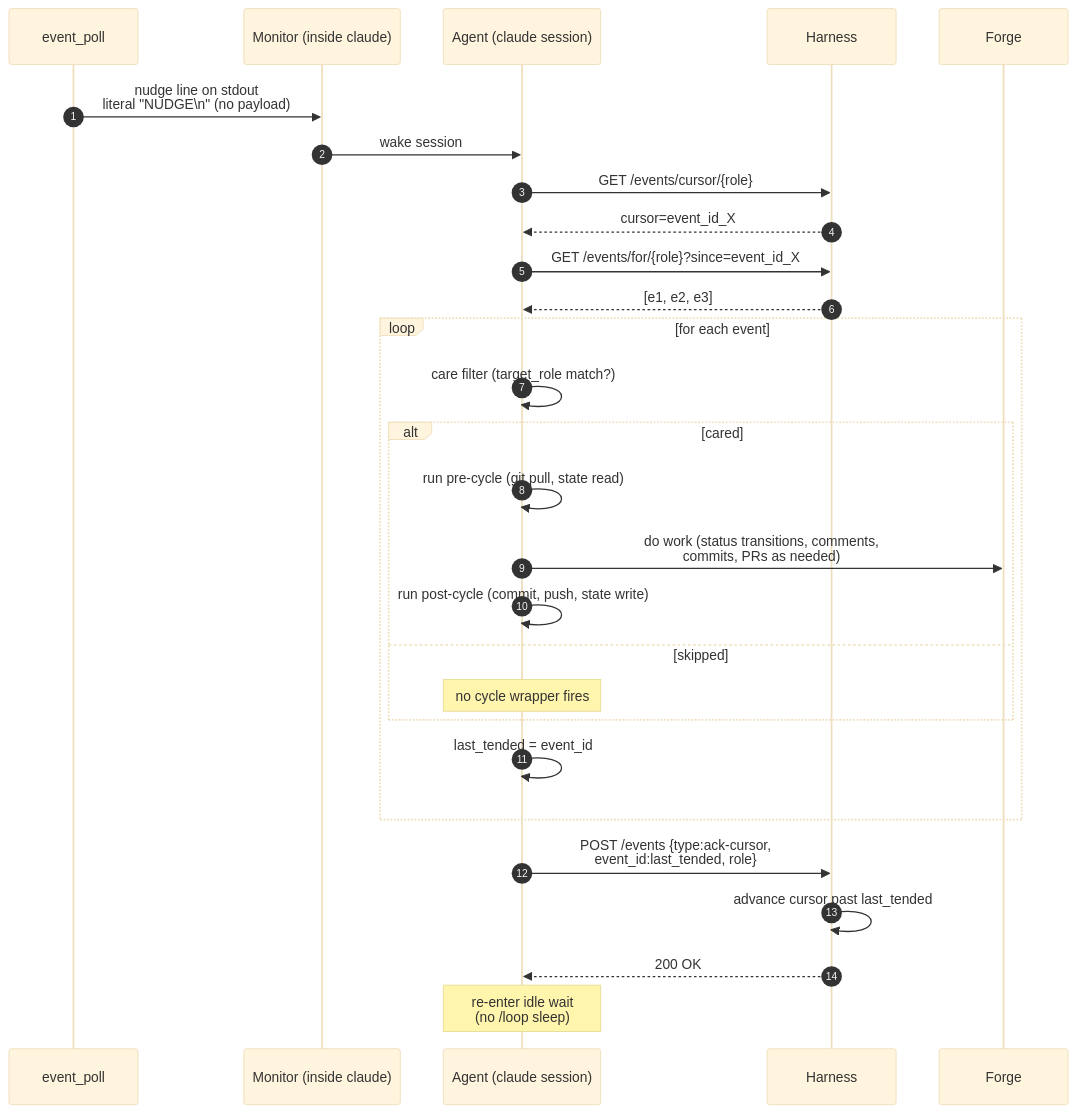
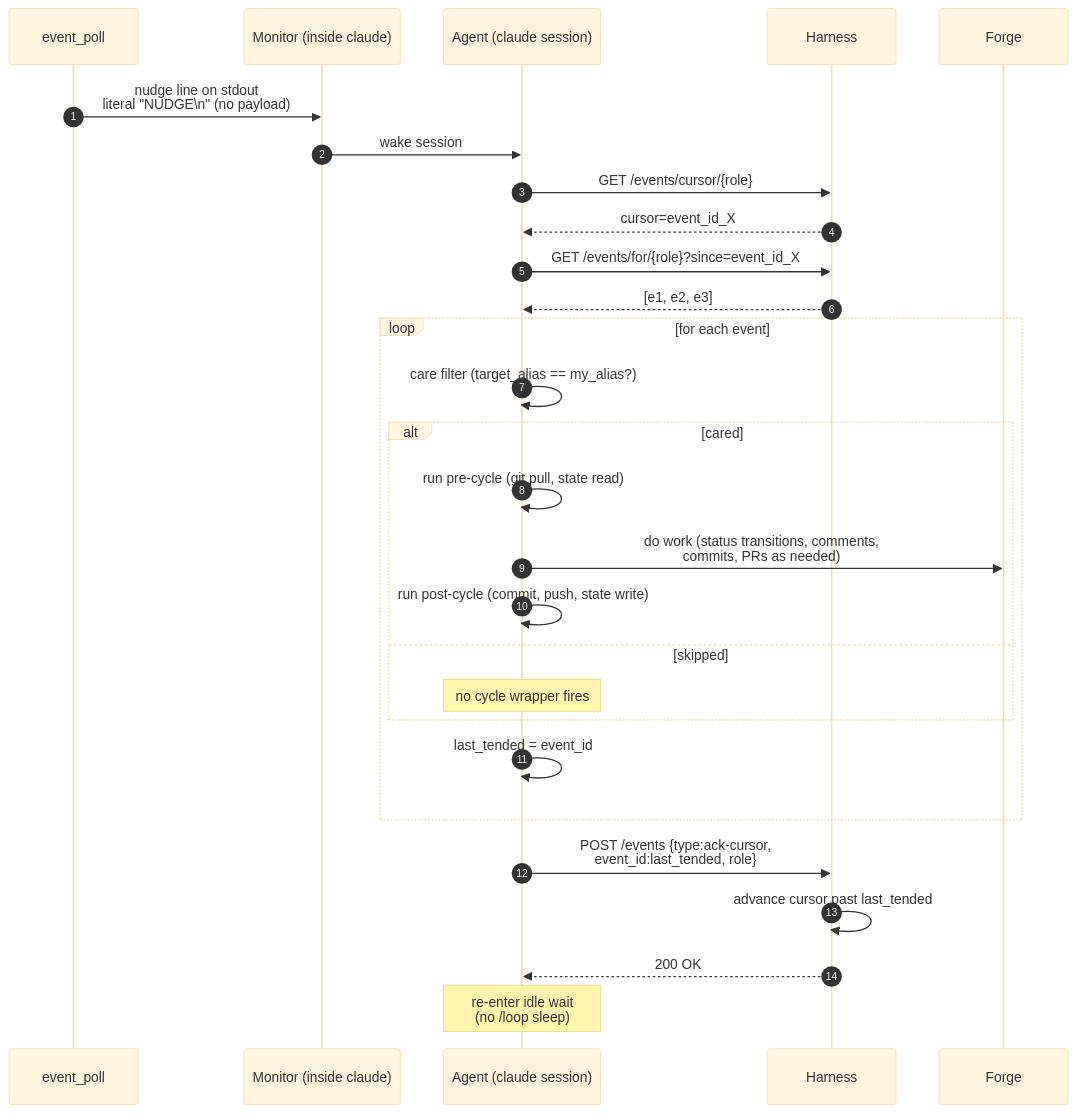
Before and after one commit to WallyDoodlez/SquidSquad: the tenth of 16 diagrams in docs/AGENT-RUNTIME.md, drawn with Mermaid (base theme). The commit also changed other lines of this file, not shown here.

First line of the commit message:
pm: AGENT-RUNTIME — class vs alias + retire responsibility.md / permission table

````diff
--- a/docs/AGENT-RUNTIME.md
+++ b/docs/AGENT-RUNTIME.md
@@ -681,33 +693,33 @@
 ```mermaid
 sequenceDiagram
     autonumber
     participant EP as event_poll
     participant M as Monitor (inside claude)
     participant A as Agent (claude session)
     participant H as Harness
     participant F as Forge
 
     EP->>M: nudge line on stdout<br/>literal "NUDGE\n" (no payload)
     M->>A: wake session
     A->>H: GET /events/cursor/{role}
     H-->>A: cursor=event_id_X
     A->>H: GET /events/for/{role}?since=event_id_X
     H-->>A: [e1, e2, e3]
 
     loop for each event
-        A->>A: care filter (target_role match?)
+        A->>A: care filter (target_alias == my_alias?)
         alt cared
             A->>A: run pre-cycle (git pull, state read)
             A->>F: do work (status transitions, comments,<br/>commits, PRs as needed)
             A->>A: run post-cycle (commit, push, state write)
         else skipped
             Note over A: no cycle wrapper fires
         end
         A->>A: last_tended = event_id
     end
 
     A->>H: POST /events {type:ack-cursor,<br/>event_id:last_tended, role}
     H->>H: advance cursor past last_tended
     H-->>A: 200 OK
     Note over A: re-enter idle wait<br/>(no /loop sleep)
 ```
````
